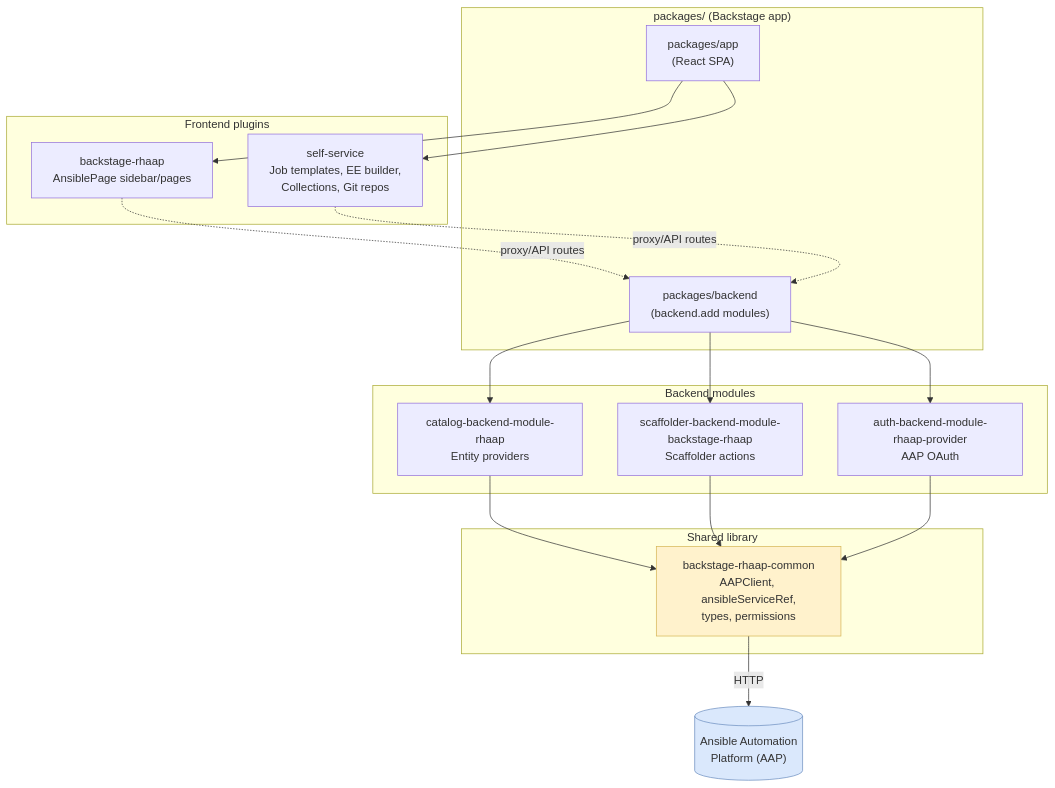
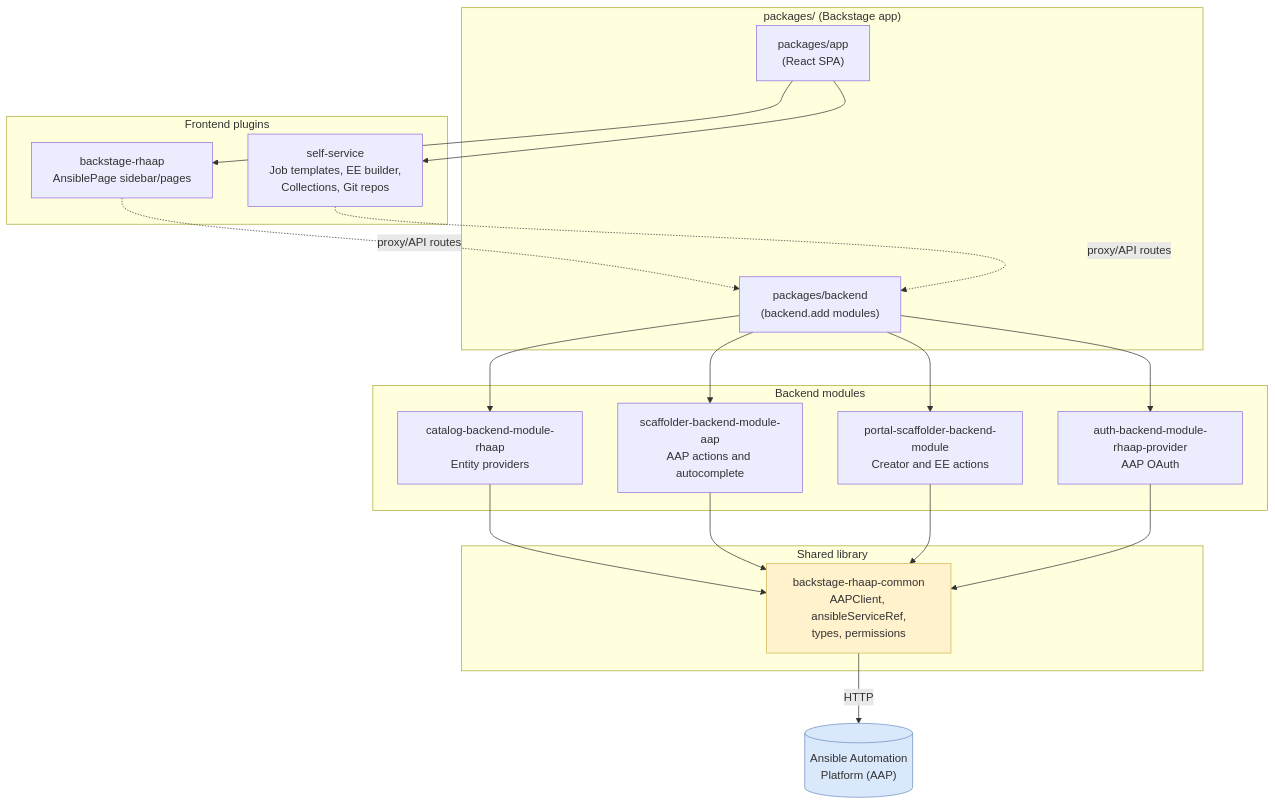
One commit to ansible/ansible-backstage-plugins changed the diagram in docs/diagrams/architecture/repo-plugin-map.mmd. Above: the diagram before and after it, drawn with Mermaid. The commit also changed 89 other files, not shown here.

First line of the commit message:
Remove legacy scaffolder module and EE routes

```diff
--- a/docs/diagrams/architecture/repo-plugin-map.mmd
+++ b/docs/diagrams/architecture/repo-plugin-map.mmd
@@ -1,41 +1,44 @@
 %%{init: {'themeVariables': {'fontFamily': 'Red Hat Text'}}}%%
 flowchart TD
   subgraph App["packages/ (Backstage app)"]
     Frontend["packages/app<br/>(React SPA)"]
     Backend["packages/backend<br/>(backend.add modules)"]
   end
 
   subgraph Common["Shared library"]
     Common1["backstage-rhaap-common<br/>AAPClient, ansibleServiceRef,<br/>types, permissions"]
   end
 
   subgraph FrontendPlugins["Frontend plugins"]
     RhaapFE["backstage-rhaap<br/>AnsiblePage sidebar/pages"]
     SelfService["self-service<br/>Job templates, EE builder,<br/>Collections, Git repos"]
   end
 
   subgraph BackendModules["Backend modules"]
     CatalogMod["catalog-backend-module-rhaap<br/>Entity providers"]
-    ScaffolderMod["scaffolder-backend-module-backstage-rhaap<br/>Scaffolder actions"]
+    AapScaffolderMod["scaffolder-backend-module-aap<br/>AAP actions and autocomplete"]
+    PortalScaffolderMod["portal-scaffolder-backend-module<br/>Creator and EE actions"]
     AuthMod["auth-backend-module-rhaap-provider<br/>AAP OAuth"]
   end
 
   AAP[("Ansible Automation<br/>Platform (AAP)")]
 
   Backend --> CatalogMod
-  Backend --> ScaffolderMod
+  Backend --> AapScaffolderMod
+  Backend --> PortalScaffolderMod
   Backend --> AuthMod
 
   RhaapFE -. proxy/API routes .-> Backend
   SelfService -. proxy/API routes .-> Backend
   Frontend --> RhaapFE
   Frontend --> SelfService
 
   CatalogMod --> Common1
-  ScaffolderMod --> Common1
+  AapScaffolderMod --> Common1
+  PortalScaffolderMod --> Common1
   AuthMod --> Common1
 
   Common1 -->|HTTP| AAP
 
   style Common1 fill:#fff2cc,stroke:#d6b656
   style AAP fill:#dae8fc,stroke:#6c8ebf
```
